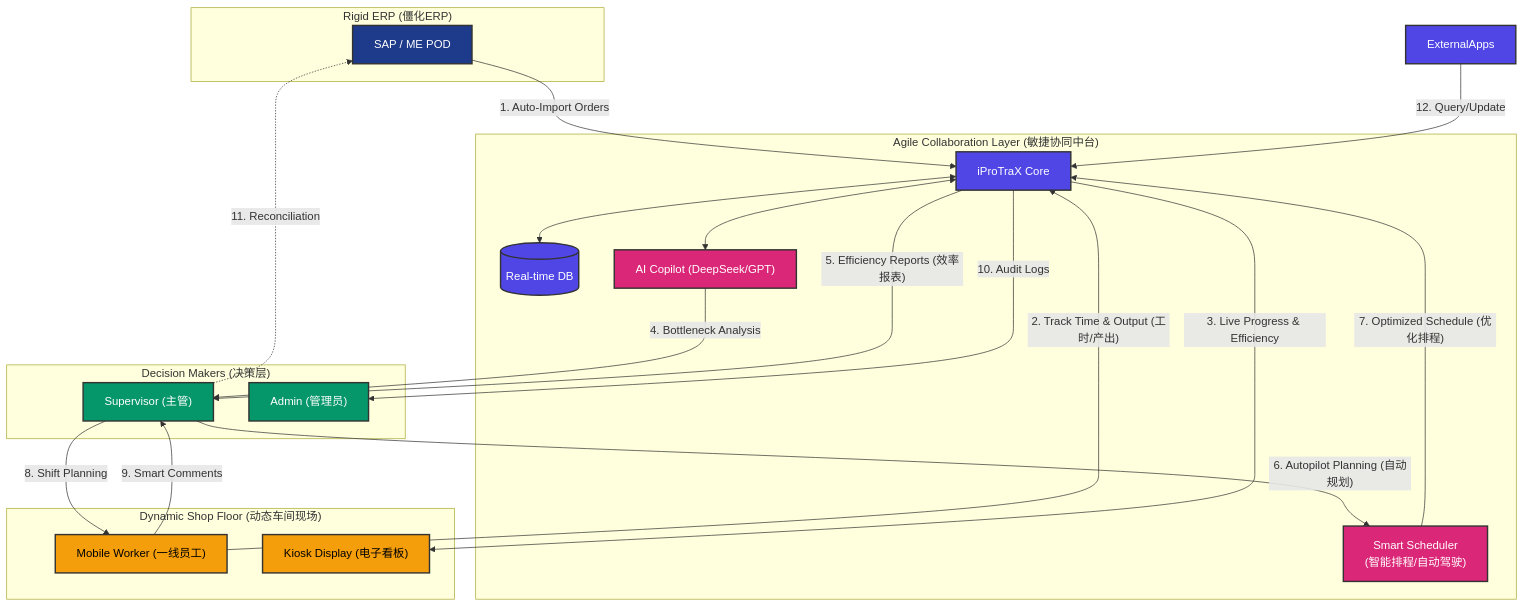
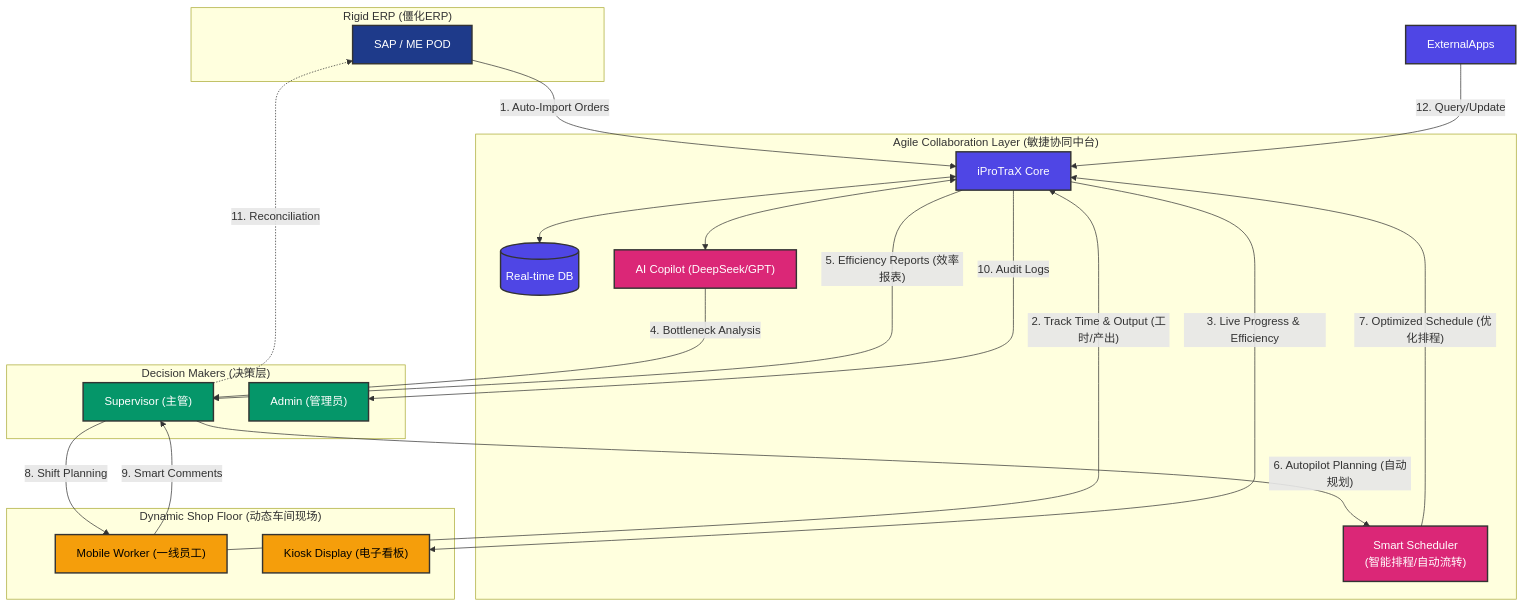
One commit to Tropical8818/iProTraX changed the first of 2 diagrams in README_ZH.md. Above: the diagram before and after it, drawn with Mermaid. The commit also changed other lines of this file and 1 other file, not shown here.

Commit message:
docs: update mermaid diagrams for Auto-Flow and Redis

````diff
--- a/README_ZH.md
+++ b/README_ZH.md
@@ -30,52 +30,52 @@
 ```mermaid
 flowchart TB
  subgraph RigidERP["Rigid ERP (僵化ERP)"]
         SAP["SAP / ME POD"]
   end
  subgraph DynamicShop["Dynamic Shop Floor (动态车间现场)"]
         Worker["Mobile Worker (一线员工)"]
         Kiosk["Kiosk Display (电子看板)"]
   end
  subgraph AgileCore["Agile Collaboration Layer (敏捷协同中台)"]
         App["iProTraX Core"]
         Scheduler["Smart Scheduler
-        (智能排程/自动驾驶)"]
+        (智能排程/自动流转)"]
         DB[("Real-time DB")]
         AI["AI Copilot (DeepSeek/GPT)"]
   end
  subgraph DecisionMakers["Decision Makers (决策层)"]
         Supervisor["Supervisor (主管)"]
         Admin["Admin (管理员)"]
   end
     SAP -- "1. Auto-Import Orders" --> App
     Worker -- "2. Track Time & Output (工时/产出)" --> App
     App -- "3. Live Progress & Efficiency" --> Kiosk
     App <--> DB
     App <--> AI
     AI -- "4. Bottleneck Analysis" --> Supervisor
     App -- "5. Efficiency Reports (效率报表)" --> Supervisor
     Supervisor -- "6. Autopilot Planning (自动规划)" --> Scheduler
     Scheduler -- "7. Optimized Schedule (优化排程)" --> App
     Supervisor -- "8. Shift Planning" --> Worker
     Worker -- "9. Smart Comments" --> Supervisor
     App -- "10. Audit Logs" --> Admin
     Supervisor -. "11. Reconciliation" .-> SAP
     ExternalApps -- "12. Query/Update" --> App
     
      SAP:::sap
      Worker:::shop
      Kiosk:::shop
      App:::core
      Scheduler:::ai
      DB:::core
      AI:::ai
      Supervisor:::manage
      Admin:::manage
      ExternalApps:::core
      
     classDef sap fill:#1e3a8a,stroke:#333,stroke-width:2px,color:white
     classDef core fill:#4f46e5,stroke:#333,stroke-width:2px,color:white
     classDef shop fill:#f59e0b,stroke:#333,stroke-width:2px,color:black
     classDef manage fill:#059669,stroke:#333,stroke-width:2px,color:white
     classDef ai fill:#db2777,stroke:#333,stroke-width:2px,color:white
 ```
````
